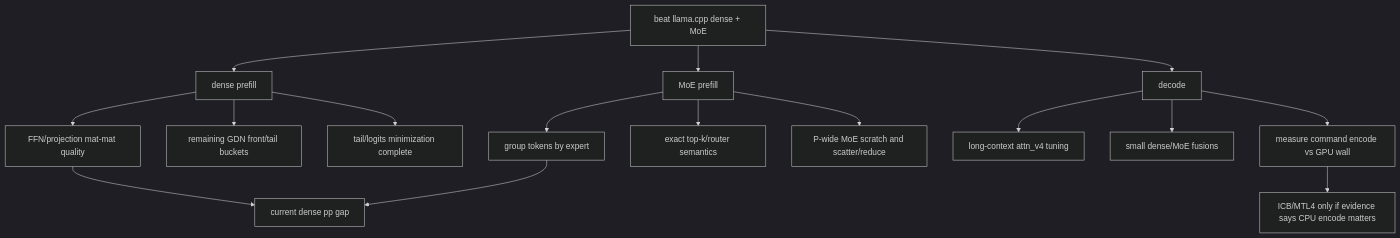
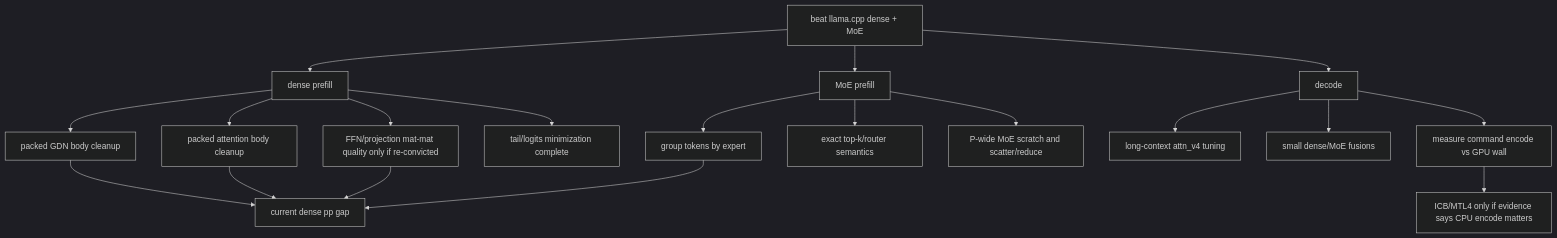
The ninth of 9 diagrams in docs/INFERENCE-GRAPH.md (brittlewis12/qwen-llm), drawn with Mermaid (dark theme) before and after one commit. The commit also changed other lines of this file and 5 other files, not shown here.

First line of the commit message:
v0.93: batch packed GDN gated norm

````diff
--- a/docs/INFERENCE-GRAPH.md
+++ b/docs/INFERENCE-GRAPH.md
@@ -337,22 +338,25 @@
 ```mermaid
 flowchart TD
     Goal[beat llama.cpp dense + MoE] --> DensePrefill[dense prefill]
     Goal --> MoEPrefill[MoE prefill]
     Goal --> Decode[decode]
 
-    DensePrefill --> FFNMM[FFN/projection mat-mat quality]
-    DensePrefill --> GDNTail[remaining GDN front/tail buckets]
+    DensePrefill --> GDNBody[packed GDN body cleanup]
+    DensePrefill --> AttnBody[packed attention body cleanup]
+    DensePrefill --> FFNMM[FFN/projection mat-mat quality only if re-convicted]
     DensePrefill --> TailSkip[tail/logits minimization complete]
 
     MoEPrefill --> GroupExperts[group tokens by expert]
     MoEPrefill --> RouteSemantics[exact top-k/router semantics]
     MoEPrefill --> ScratchShape[P-wide MoE scratch and scatter/reduce]
 
     Decode --> AttnV4[long-context attn_v4 tuning]
     Decode --> Fusions[small dense/MoE fusions]
     Decode --> EncodeOverhead[measure command encode vs GPU wall]
 
-    FFNMM --> CurrentGap[current dense pp gap]
+    GDNBody --> CurrentGap[current dense pp gap]
+    AttnBody --> CurrentGap
+    FFNMM --> CurrentGap
     GroupExperts --> CurrentGap
     EncodeOverhead --> ICB[ICB/MTL4 only if evidence says CPU encode matters]
 ```
````
